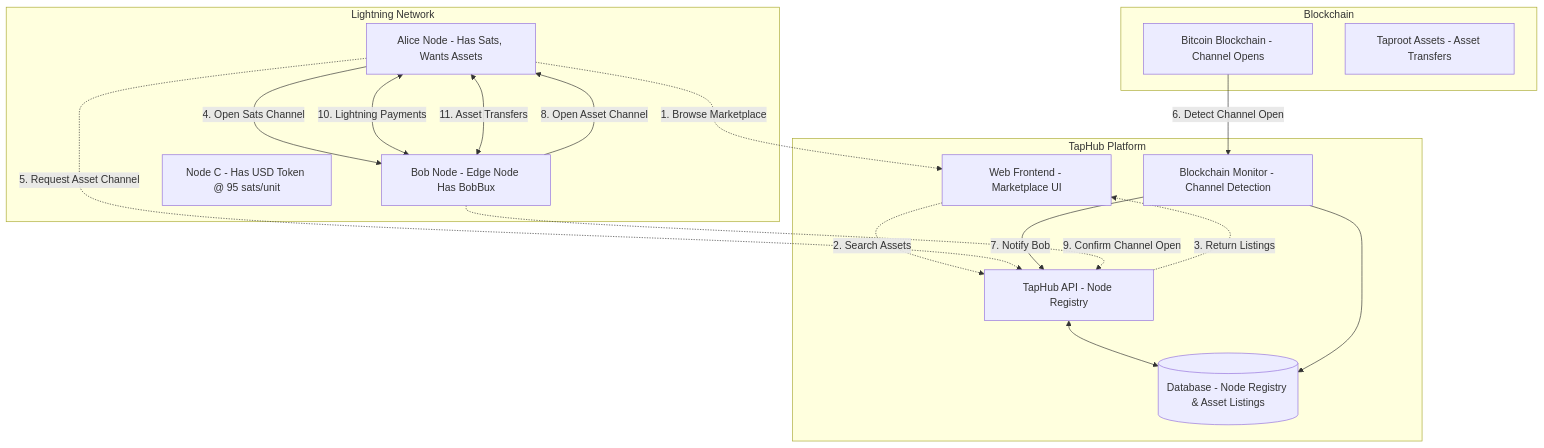
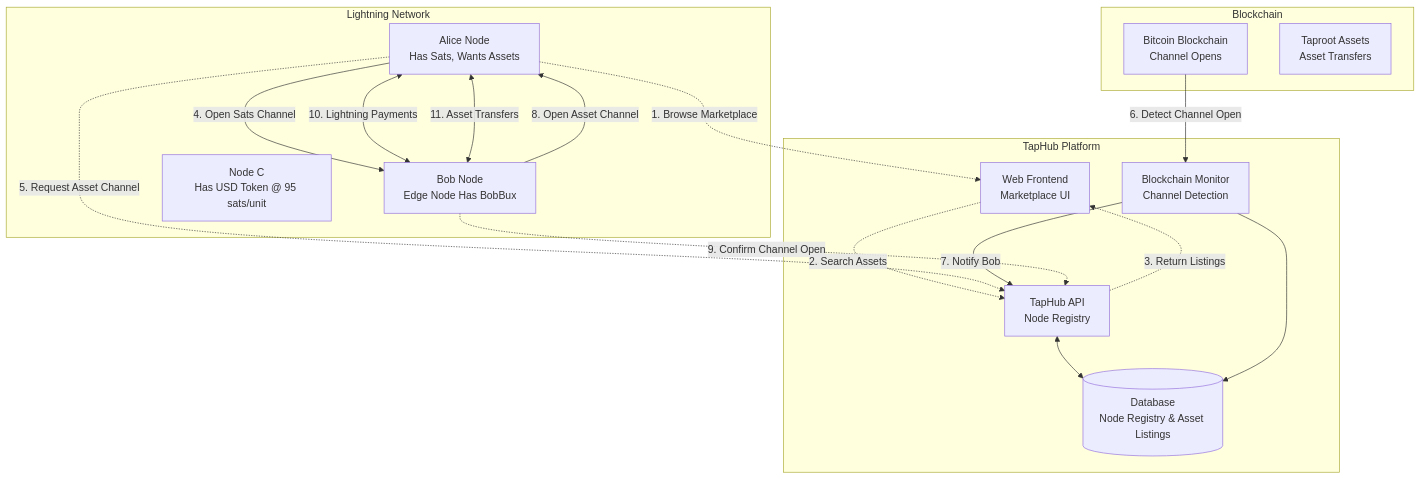
One commit to bitcoin-coder-bob/TapHub changed the first of 4 diagrams in docs/taphub-architecture.md. Above: the diagram before and after it, drawn with Mermaid.

````diff
--- a/docs/taphub-architecture.md
+++ b/docs/taphub-architecture.md
@@ -9,39 +9,39 @@
 ```mermaid
 graph TB
     subgraph "TapHub Platform"
-        WEB[Web Frontend - Marketplace UI]
-        API[TapHub API - Node Registry]
-        MONITOR[Blockchain Monitor - Channel Detection]
-        DB[(Database - Node Registry & Asset Listings)]
+        WEB[Web Frontend<br/>Marketplace UI]
+        API[TapHub API<br/>Node Registry]
+        MONITOR[Blockchain Monitor<br/>Channel Detection]
+        DB[(Database<br/>Node Registry & Asset Listings)]
     end
 
     subgraph "Lightning Network"
-        ALICE[Alice Node - Has Sats, Wants Assets]
-        BOB[Bob Node - Edge Node Has BobBux]
-        NODE_C[Node C - Has USD Token @ 95 sats/unit]
+        ALICE[Alice Node<br/>Has Sats, Wants Assets]
+        BOB[Bob Node<br/>Edge Node Has BobBux]
+        NODE_C[Node C<br/>Has USD Token @ 95 sats/unit]
     end
 
     subgraph "Blockchain"
-        BTC[Bitcoin Blockchain - Channel Opens]
-        TAP[Taproot Assets - Asset Transfers]
+        BTC[Bitcoin Blockchain<br/>Channel Opens]
+        TAP[Taproot Assets<br/>Asset Transfers]
     end
 
     ALICE -.->|1. Browse Marketplace| WEB
     WEB -.->|2. Search Assets| API
     API -.->|3. Return Listings| WEB
     
     ALICE -->|4. Open Sats Channel| BOB
     ALICE -.->|5. Request Asset Channel| API
     
     BTC -->|6. Detect Channel Open| MONITOR
     MONITOR -->|7. Notify Bob| API
     
     BOB -->|8. Open Asset Channel| ALICE
     BOB -.->|9. Confirm Channel Open| API
     
     ALICE <-->|10. Lightning Payments| BOB
     ALICE <-->|11. Asset Transfers| BOB
     
     API <--> DB
     MONITOR --> DB
 ```
````
